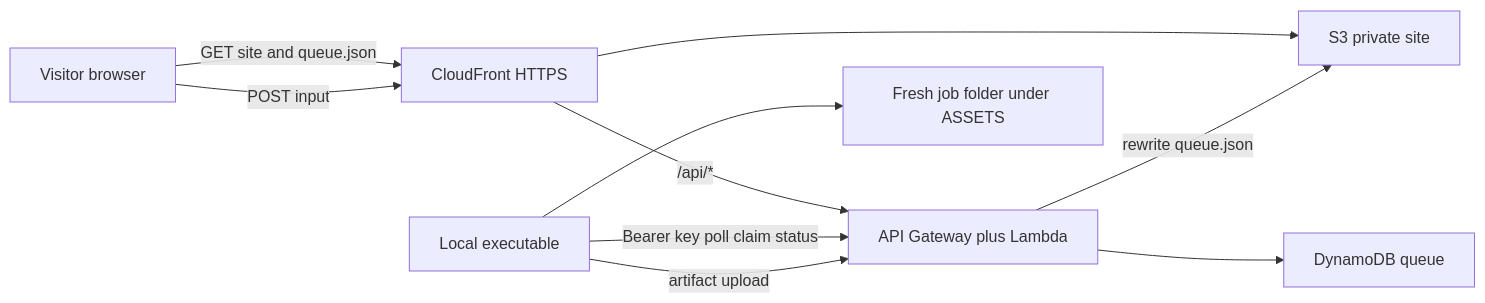
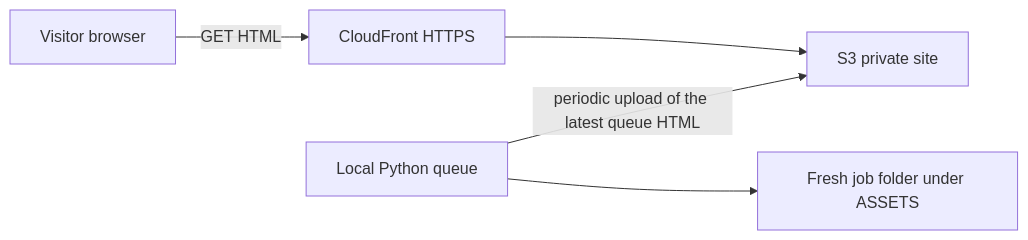
One commit to NicketUttarwar/web_portal_interview_helper_mux changed the diagram in docs/overview.md. Above: the diagram before and after it, drawn with Mermaid. The commit also changed other lines of this file and 16 other files, not shown here.

````diff
--- a/docs/overview.md
+++ b/docs/overview.md
@@ -7,20 +7,13 @@
 ```mermaid
 flowchart LR
   visitor[Visitor browser]
   cf[CloudFront HTTPS]
   s3[S3 private site]
-  api[API Gateway plus Lambda]
-  db[DynamoDB queue]
-  agent[Local executable]
+  local[Local Python queue]
   work[Fresh job folder under ASSETS]
 
-  visitor -->|GET site and queue.json| cf
+  visitor -->|GET HTML| cf
   cf --> s3
-  visitor -->|POST input| cf
-  cf -->|/api/*| api
-  api --> db
-  api -->|rewrite queue.json| s3
-  agent -->|Bearer key poll claim status| api
-  agent --> work
-  agent -->|artifact upload| api
+  local -->|periodic upload of the latest queue HTML| s3
+  local --> work
 ```
````
